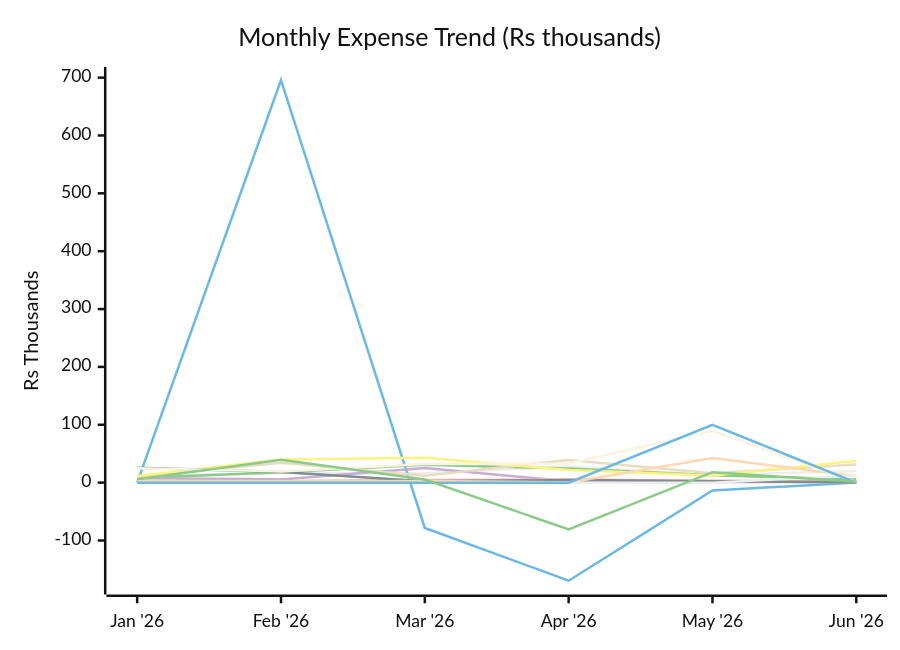
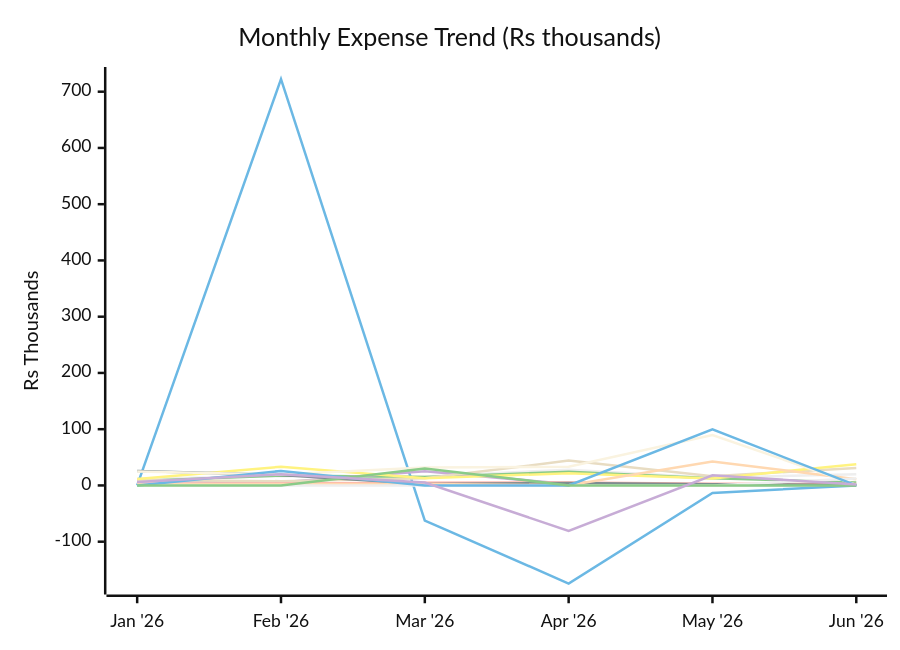
The first of 2 diagrams in reports/2026-06.md (sachin-hg/expense-reporter), drawn with Mermaid (neutral theme) before and after one commit. The commit also changed other lines of this file and 14 other files, not shown here.

````diff
--- a/reports/2026-06.md
+++ b/reports/2026-06.md
@@ -26,19 +26,20 @@
 ```mermaid
 xychart-beta
     title "Monthly Expense Trend (Rs thousands)"
     x-axis ["Jan '26", "Feb '26", "Mar '26", "Apr '26", "May '26", "Jun '26"]
-    y-axis "Rs Thousands" -175 --> 700
-    line "Travel" [12.1, 16.5, 16.3, 27.9, 13.7, 20.0]
-    line "Trip" [0.0, 695.8, -78.3, -169.5, -13.5, 0.0]
-    line "Shopping" [7.8, 17.8, 31.0, 24.2, 12.7, 5.3]
+    y-axis "Rs Thousands" -175 --> 725
+    line "Travel" [12.1, 16.5, 16.1, 27.9, 13.7, 20.0]
+    line "Trip" [0.0, 722.3, -62.4, -174.4, -13.5, 0.0]
+    line "Shopping" [7.8, 17.5, 15.1, 24.2, 12.7, 5.3]
     line "Baby" [7.7, 5.6, 25.3, 2.4, 1.0, 0.8]
-    line "Outside Food" [9.5, 34.3, 12.1, 39.2, 16.4, 31.2]
-    line "Grocery" [2.9, 2.6, 4.7, 5.3, 3.2, 2.5]
-    line "Utilities & Bills" [11.5, 39.9, 42.8, 21.7, 12.3, 37.7]
-    line "Health, Fitness & Self Care" [25.5, 18.4, 2.5, 4.4, 2.3, 0.6]
+    line "Outside Food" [9.5, 7.6, 12.6, 44.1, 16.4, 31.2]
+    line "Grocery" [2.9, 3.5, 4.7, 5.3, 3.2, 2.5]
+    line "Utilities & Bills" [11.5, 33.2, 12.6, 21.7, 12.3, 37.7]
+    line "Health, Fitness & Self Care" [25.5, 18.6, 2.5, 4.4, 2.3, 0.6]
     line "Upskill / AI" [2.6, 2.5, 2.6, 0.4, 42.6, 11.0]
     line "Rohan" [24.8, 19.3, 32.0, 33.1, 89.6, 1.1]
     line "Papa" [0.0, 0.0, 0.0, 0.0, 0.0, 12.5]
-    line "One-Time Expense" [0.0, 0.0, 0.0, 0.0, 99.7, 0.0]
-    line "Others" [6.0, 39.6, 5.4, -80.9, 18.1, 1.6]
+    line "One-Time Expense" [0.0, 25.8, 0.0, 0.0, 99.7, 0.0]
+    line "Tax" [0.0, 0.0, 30.3, 0.0, 0.0, 0.0]
+    line "Others" [6.0, 20.1, 5.2, -80.9, 18.1, 1.6]
 ```
````
